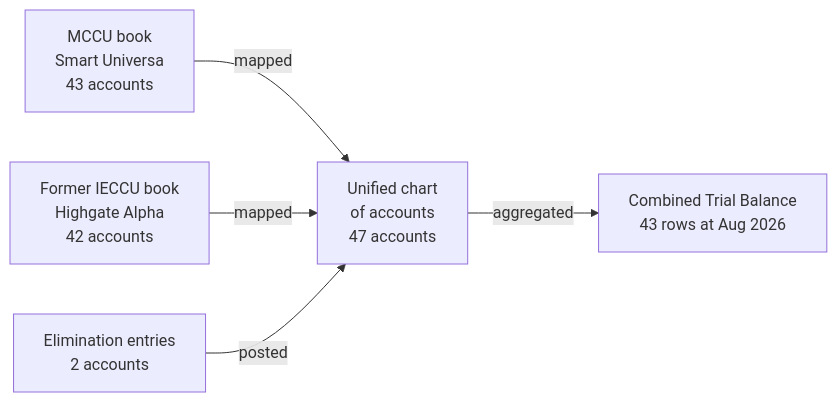
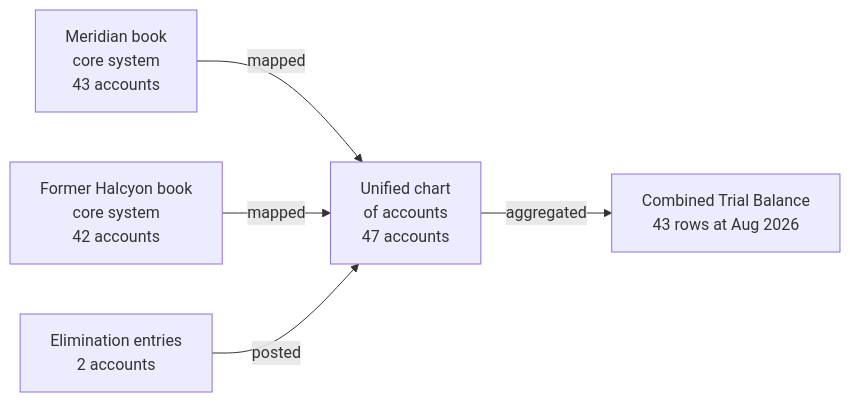
Before and after one commit to compuz-ja/docs: the first of 2 diagrams in argos/reports/financial/combined-trial-balance.mdx, drawn with Mermaid. The commit also changed other lines of this file and 125 other files, not shown here.

````diff
--- a/argos/reports/financial/combined-trial-balance.mdx
+++ b/argos/reports/financial/combined-trial-balance.mdx
@@ -34,7 +34,7 @@
 ```mermaid
 flowchart LR
-    A["MCCU book<br/>Smart Universa<br/>43 accounts"] -->|mapped| U["Unified chart<br/>of accounts<br/>47 accounts"]
-    B["Former IECCU book<br/>Highgate Alpha<br/>42 accounts"] -->|mapped| U
+    A["Meridian book<br/>core system<br/>43 accounts"] -->|mapped| U["Unified chart<br/>of accounts<br/>47 accounts"]
+    B["Former Halcyon book<br/>core system<br/>42 accounts"] -->|mapped| U
     C["Elimination entries<br/>2 accounts"] -->|posted| U
     U -->|aggregated| R["Combined Trial Balance<br/>43 rows at Aug 2026"]
 ```
````
